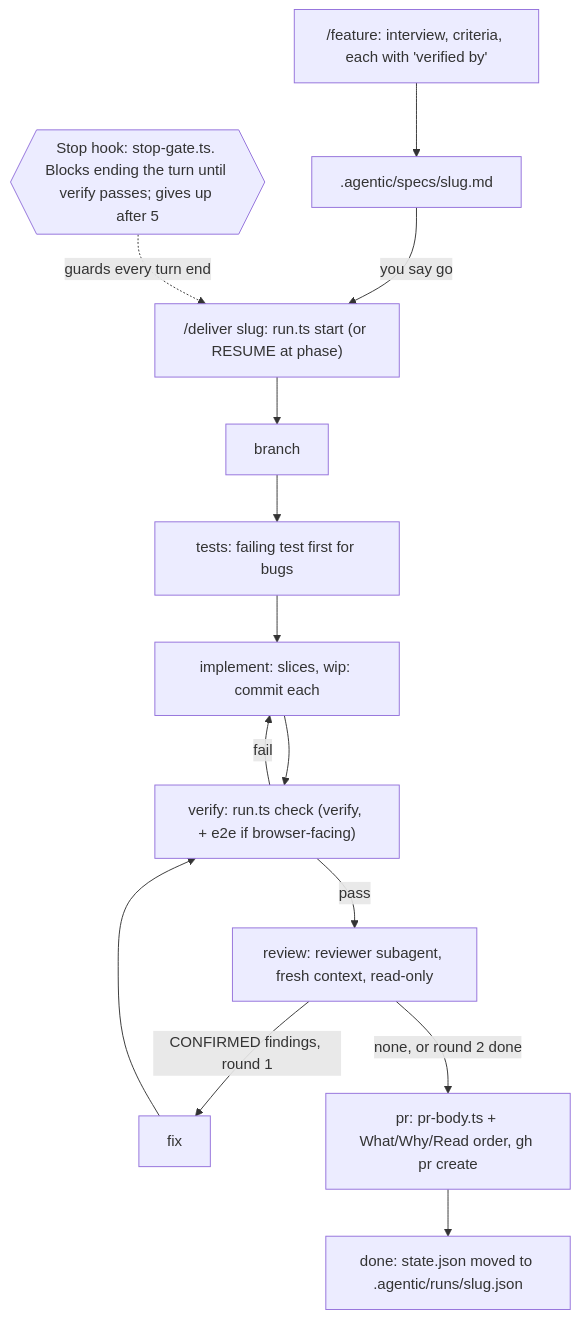
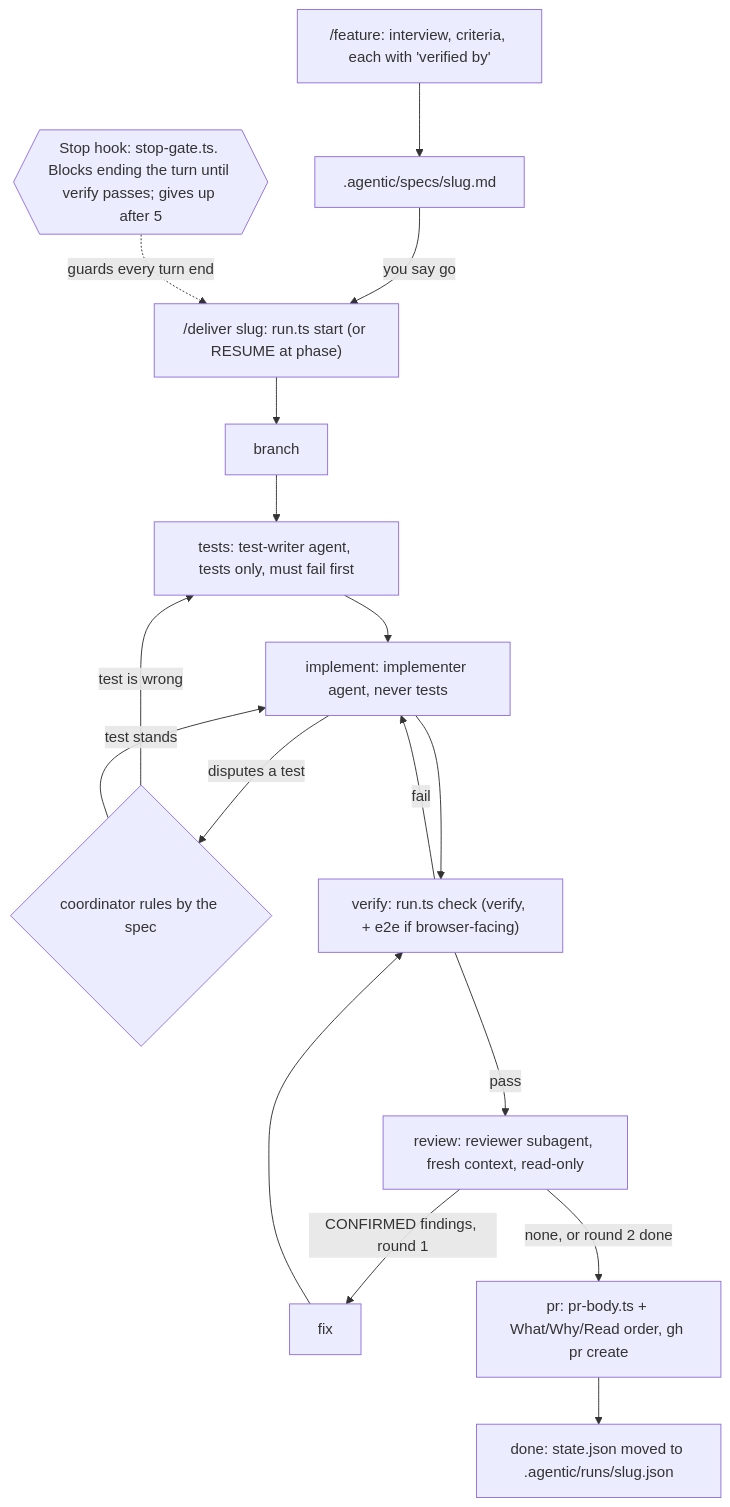
Before and after one commit to hinoahlee/launchpad: the diagram in docs/agentic-workflow.md, drawn with Mermaid. The commit also changed other lines of this file and 1 other file, not shown here.

Commit message:
docs: explain the builder split; drop ask rules on gate files

````diff
--- a/docs/agentic-workflow.md
+++ b/docs/agentic-workflow.md
@@ -38,13 +45,16 @@
 ```mermaid
 flowchart TD
   A["/feature: interview, criteria, each with 'verified by'"] --> B[".agentic/specs/slug.md"]
   B -->|you say go| C["/deliver slug: run.ts start (or RESUME at phase)"]
-  C --> D[branch] --> E["tests: failing test first for bugs"] --> F["implement: slices, wip: commit each"]
+  C --> D[branch] --> E["tests: test-writer agent, tests only, must fail first"] --> F["implement: implementer agent, never tests"]
+  F -->|disputes a test| R{"coordinator rules by the spec"}
+  R -->|test is wrong| E
+  R -->|test stands| F
   F --> G["verify: run.ts check (verify, + e2e if browser-facing)"]
   G -->|fail| F
   G -->|pass| H["review: reviewer subagent, fresh context, read-only"]
   H -->|CONFIRMED findings, round 1| I[fix] --> G
   H -->|none, or round 2 done| J["pr: pr-body.ts + What/Why/Read order, gh pr create"]
   J --> K["done: state.json moved to .agentic/runs/slug.json"]
   S{{"Stop hook: stop-gate.ts. Blocks ending the turn until verify passes; gives up after 5"}} -.guards every turn end.-> C
 ```
````
